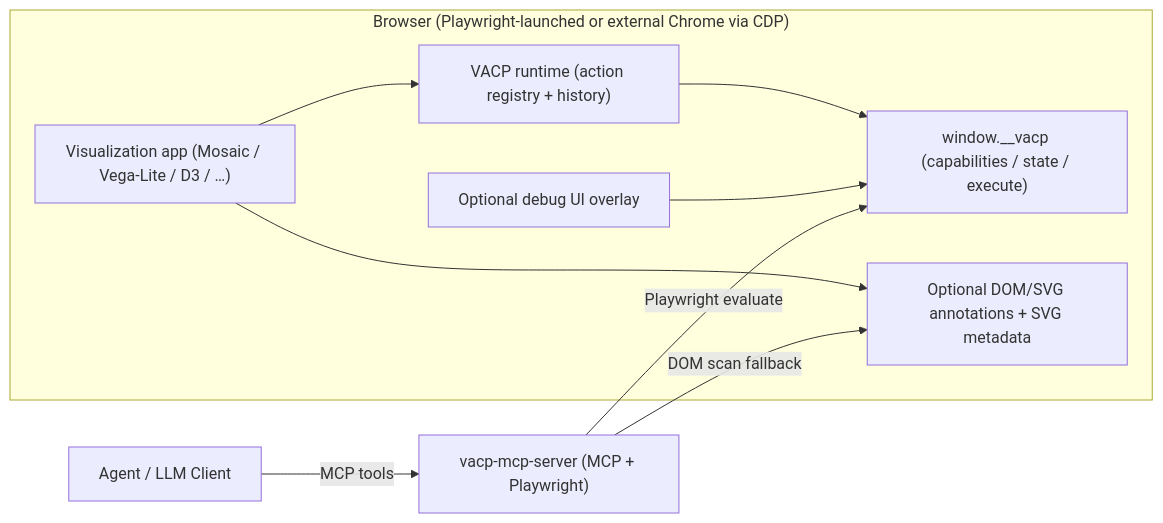
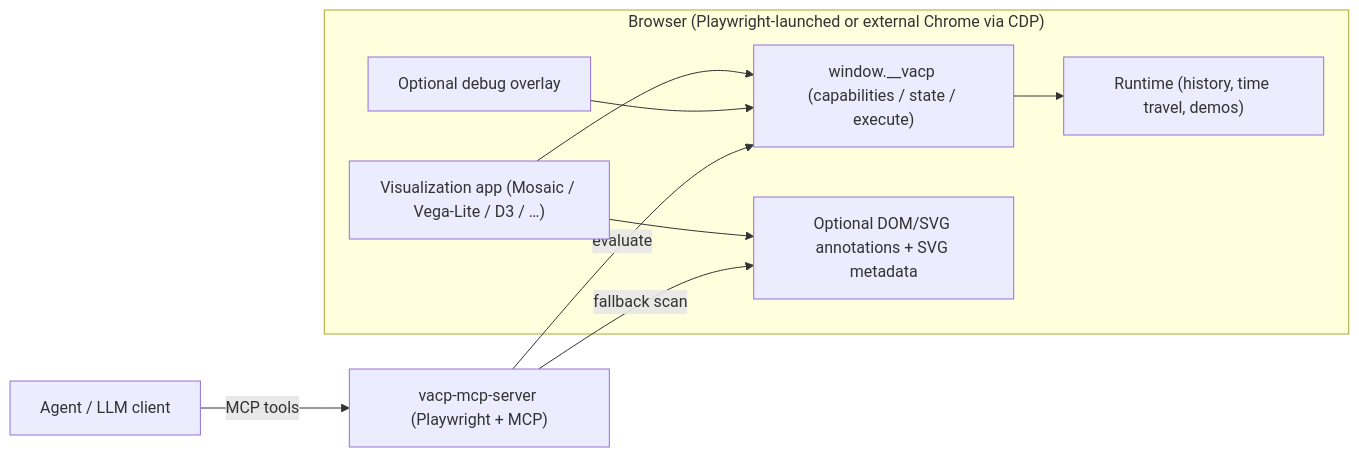
The first of 3 diagrams in ARCHITECTURE.md (ETH-IVIA-Lab/VACP), drawn with Mermaid before and after one commit. The commit also changed other lines of this file and 7 other files, not shown here.

Commit message:
docs: simplify onboarding and merge architecture

````diff
--- a/ARCHITECTURE.md
+++ b/ARCHITECTURE.md
@@ -150,20 +17,20 @@
 ```mermaid
 flowchart LR
-  Agent["Agent / LLM Client"] -->|MCP tools| MCP["vacp-mcp-server (MCP + Playwright)"]
+  Agent["Agent / LLM client"] -->|MCP tools| MCP["vacp-mcp-server (Playwright + MCP)"]
 
   subgraph Browser["Browser (Playwright-launched or external Chrome via CDP)"]
     App["Visualization app (Mosaic / Vega-Lite / D3 / …)"]
-    Runtime["VACP runtime (action registry + history)"]
     Bridge["window.__vacp (capabilities / state / execute)"]
-    Debug["Optional debug UI overlay"]
+    Runtime["Runtime (history, time travel, demos)"]
     DOM["Optional DOM/SVG annotations + SVG metadata"]
+    Debug["Optional debug overlay"]
 
-    App --> Runtime
-    Runtime --> Bridge
+    App --> Bridge
+    App --> DOM
+    Bridge --> Runtime
     Debug --> Bridge
-    App --> DOM
   end
 
-  MCP -->|Playwright evaluate| Bridge
-  MCP -->|DOM scan fallback| DOM
+  MCP -->|evaluate| Bridge
+  MCP -->|fallback scan| DOM
 ```
````
